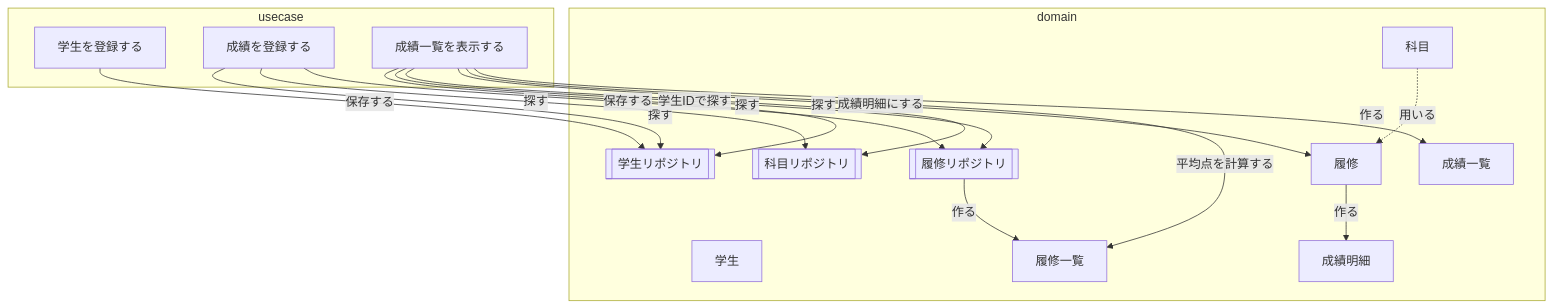
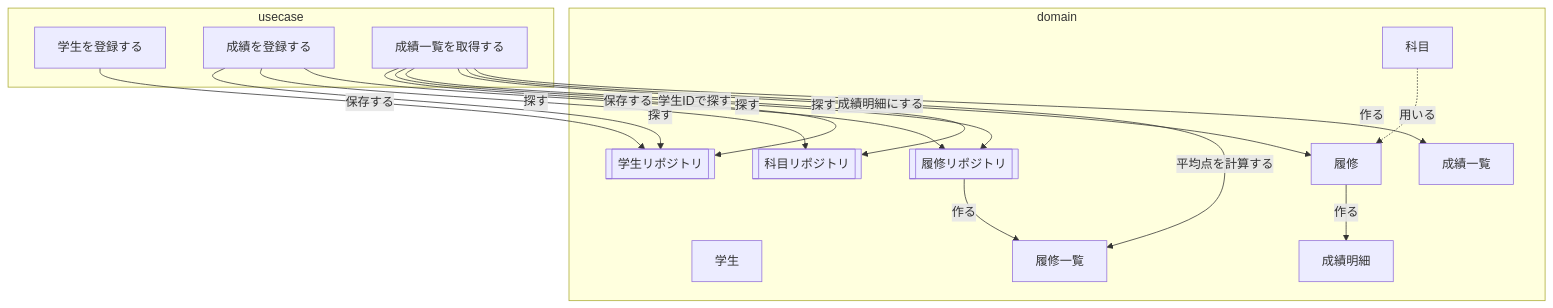
The second of 2 diagrams in docs/ユースケース記述.md (YTS0418/PRMN_SYSTEM_Sample), drawn with Mermaid before and after one commit. The commit also changed other lines of this file and 19 other files, not shown here.

````diff
--- a/docs/ユースケース記述.md
+++ b/docs/ユースケース記述.md
@@ -145,32 +145,32 @@
 ```mermaid
 flowchart TD
     subgraph usecase
         U1[学生を登録する]
         U2[成績を登録する]
-        U3[成績一覧を表示する]
+        U3[成績一覧を取得する]
     end
     subgraph domain
         S[学生]
         R[履修]
         RL[履修一覧]
         K[科目]
         M[成績明細]
         L[成績一覧]
         SR[[学生リポジトリ]]
         KR[[科目リポジトリ]]
         RR[[履修リポジトリ]]
     end
     U1 -- 保存する --> SR
     U2 -- 探す --> SR
     U2 -- 探す --> KR
     U2 -- 保存する --> RR
     U3 -- 探す --> SR
     U3 -- 学生IDで探す --> RR
     U3 -- 探す --> KR
     U3 -- 成績明細にする --> R
     U3 -- 平均点を計算する --> RL
     K -. 用いる .-> R
     R -- 作る --> M
     RR -- 作る --> RL
     U3 -- 作る --> L
 ```
````
